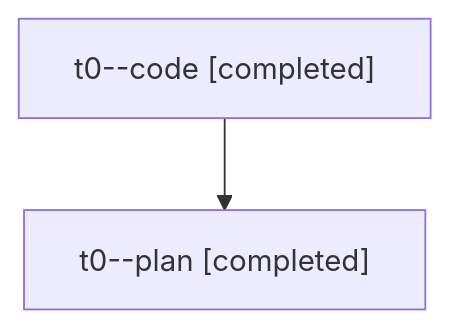
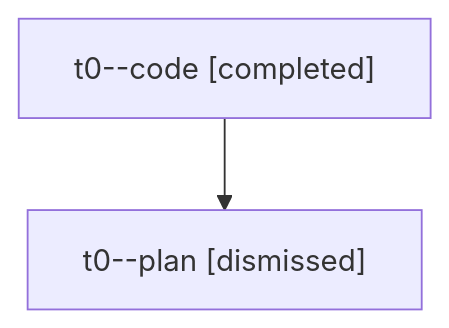
Before and after one commit to sase-org/sase--agents: the diagram in families/bbugyi200.athena.t0.md, drawn with Mermaid. The commit also changed other lines of this file and 5813 other files, not shown here.

````diff
--- a/families/bbugyi200.athena.t0.md
+++ b/families/bbugyi200.athena.t0.md
@@ -9,6 +9,6 @@
 ```mermaid
 flowchart TD
   n0["t0--code [completed]"]
-  n1["t0--plan [completed]"]
+  n1["t0--plan [dismissed]"]
   n0 --> n1
 ```
````
